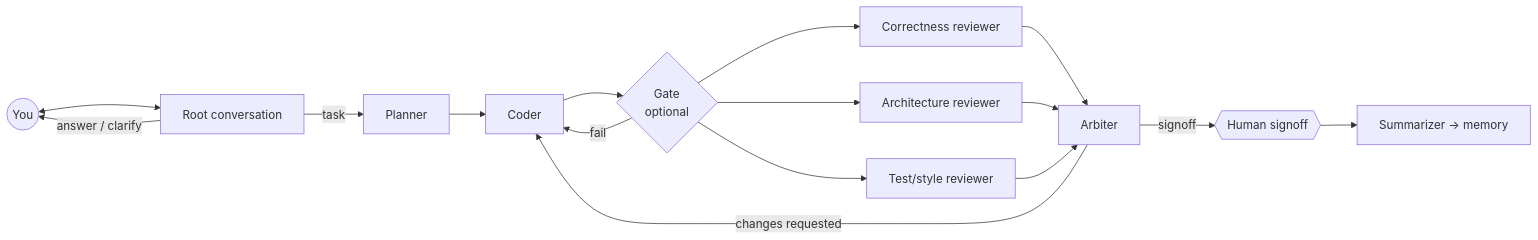
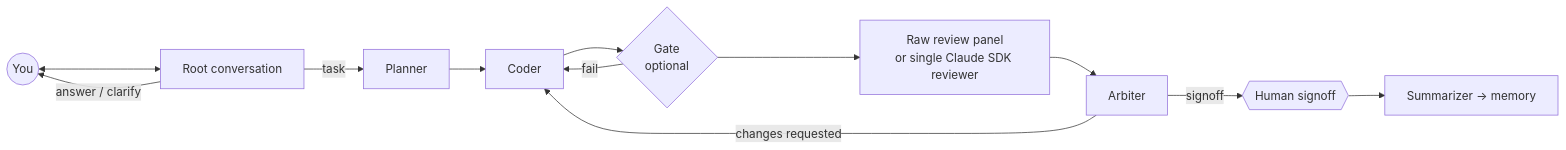
The diagram in README.md (Elyon0517/Multi-Agent-Platform), drawn with Mermaid before and after one commit. The commit also changed other lines of this file and 36 other files, not shown here.

Commit message:
Integrate native SDK coding and review with revision-safe recovery

````diff
--- a/README.md
+++ b/README.md
@@ -18,14 +19,12 @@
 ```mermaid
 flowchart LR
   You((You)) <--> Root[Root conversation]
   Root -- answer / clarify --> You
   Root -- task --> Planner --> Coder --> Gate{Gate<br/>optional}
   Gate -- fail --> Coder
-  Gate --> R1[Correctness reviewer]
-  Gate --> R2[Architecture reviewer]
-  Gate --> R3[Test/style reviewer]
-  R1 & R2 & R3 --> Arbiter
+  Gate --> Review[Raw review panel<br/>or single Claude SDK reviewer]
+  Review --> Arbiter
   Arbiter -- changes requested --> Coder
   Arbiter -- signoff --> Human{{Human signoff}}
   Human --> Summarizer[Summarizer → memory]
 ```
````
